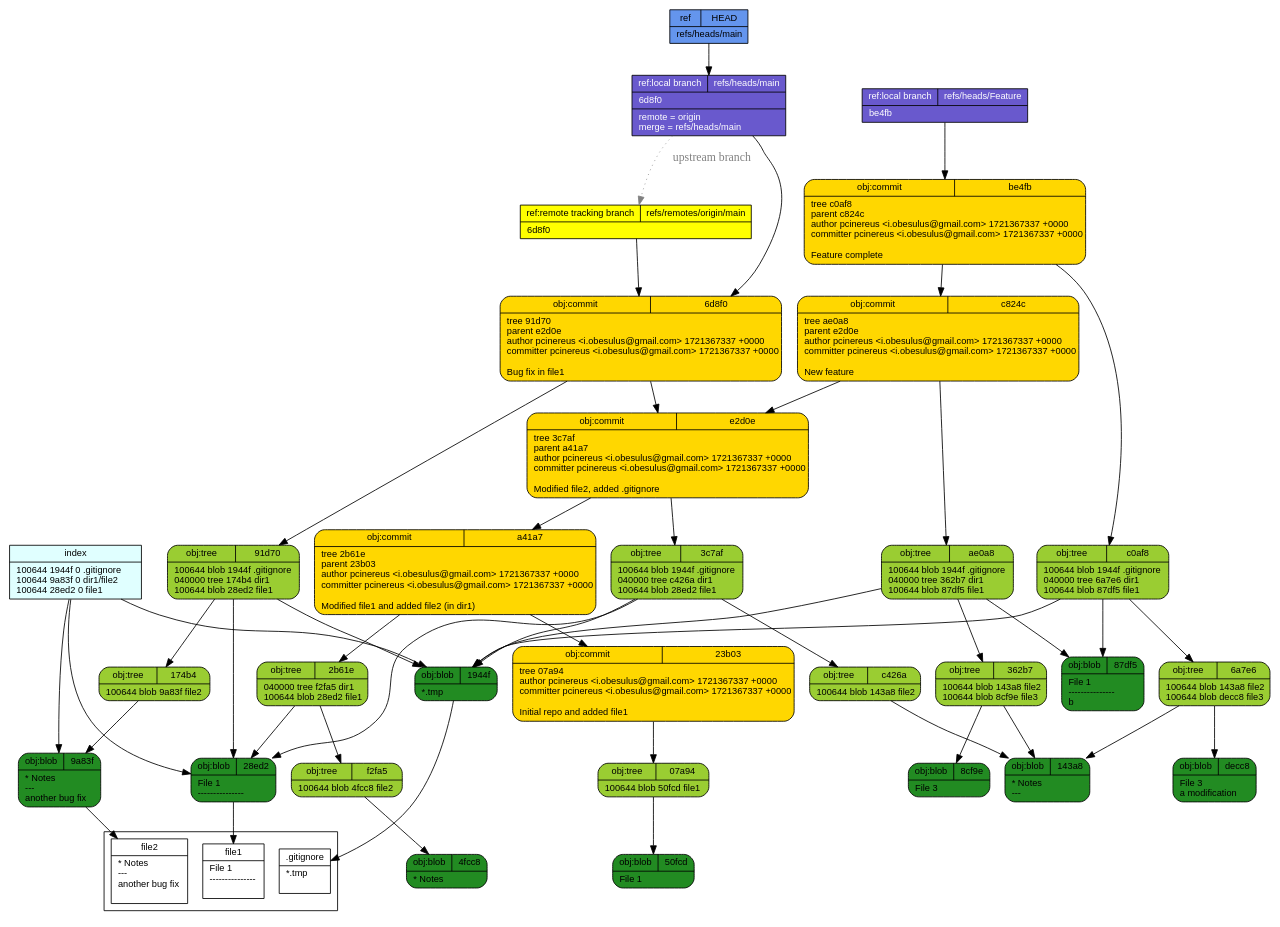
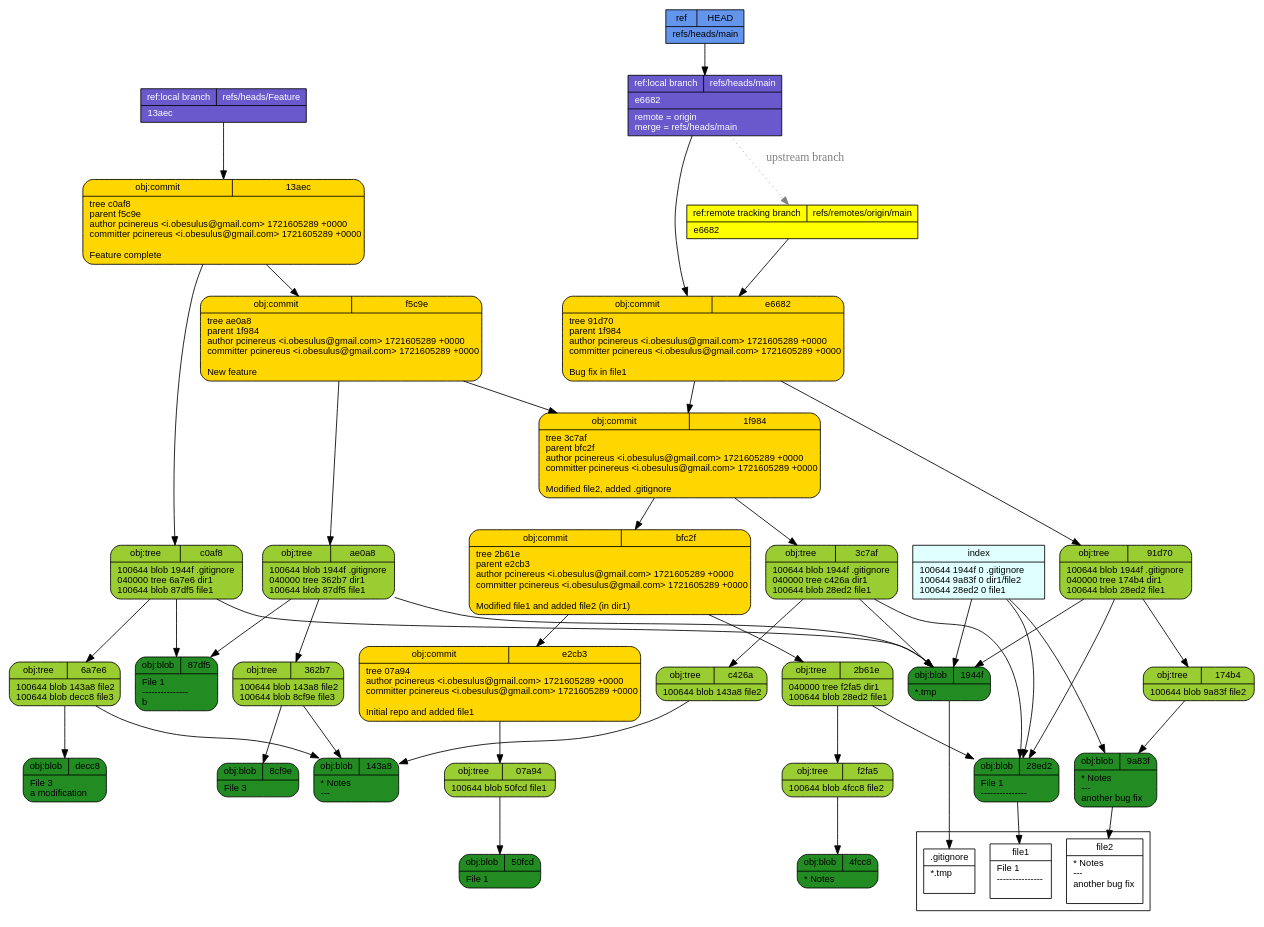
The diagram in tut/git-draw.dot (pcinereus/SUYRs_documents), drawn with Graphviz before and after one commit. The commit also changed 658 other files, not shown here.

```diff
--- a/tut/git-draw.dot
+++ b/tut/git-draw.dot
@@ -1,57 +1,57 @@
 digraph structs {
   node [shape=record,fontsize=11,fontname="arial"];
   rankdir="TB";
-  _e2d0e [fillcolor="gold", style="filled,rounded", label="{{obj:commit|e2d0e}|tree\ 3c7af\lparent\ a41a7\lauthor\ pcinereus\ \<i\.obesulus\@gmail\.com\>\ 1721367337\ \+0000\lcommitter\ pcinereus\ \<i\.obesulus\@gmail\.com\>\ 1721367337\ \+0000\l\lModified\ file2\,\ added\ \.gitignore\l}"]  _e2d0e -> _3c7af
-  _e2d0e -> _a41a7
+  _e2cb3 [fillcolor="gold", style="filled,rounded", label="{{obj:commit|e2cb3}|tree\ 07a94\lauthor\ pcinereus\ \<i\.obesulus\@gmail\.com\>\ 1721605289\ \+0000\lcommitter\ pcinereus\ \<i\.obesulus\@gmail\.com\>\ 1721605289\ \+0000\l\lInitial\ repo\ and\ added\ file1\l}"]  _e2cb3 -> _07a94
   _f2fa5 [fillcolor="yellowgreen", style="filled,rounded", label="{{obj:tree|f2fa5}|100644\ blob\ 4fcc8\	file2\l}"]  _f2fa5 -> _4fcc8
   _07a94 [fillcolor="yellowgreen", style="filled,rounded", label="{{obj:tree|07a94}|100644\ blob\ 50fcd\	file1\l}"]  _07a94 -> _50fcd
   _143a8 [fillcolor="forestgreen", style="filled,rounded", label="{{obj:blob|143a8}|\*\ Notes\l\-\-\-\l}"]  _c0af8 [fillcolor="yellowgreen", style="filled,rounded", label="{{obj:tree|c0af8}|100644\ blob\ 1944f\	\.gitignore\l040000\ tree\ 6a7e6\	dir1\l100644\ blob\ 87df5\	file1\l}"]  _c0af8 -> _1944f
   _c0af8 -> _6a7e6
   _c0af8 -> _87df5
-  _4fcc8 [fillcolor="forestgreen", style="filled,rounded", label="{{obj:blob|4fcc8}|\*\ Notes\l}"]  _c426a [fillcolor="yellowgreen", style="filled,rounded", label="{{obj:tree|c426a}|100644\ blob\ 143a8\	file2\l}"]  _c426a -> _143a8
-  _1944f [fillcolor="forestgreen", style="filled,rounded", label="{{obj:blob|1944f}|\*\.tmp\l}"]  _50fcd [fillcolor="forestgreen", style="filled,rounded", label="{{obj:blob|50fcd}|File\ 1\l}"]  _8cf9e [fillcolor="forestgreen", style="filled,rounded", label="{{obj:blob|8cf9e}|File\ 3\l}"]  _a41a7 [fillcolor="gold", style="filled,rounded", label="{{obj:commit|a41a7}|tree\ 2b61e\lparent\ 23b03\lauthor\ pcinereus\ \<i\.obesulus\@gmail\.com\>\ 1721367337\ \+0000\lcommitter\ pcinereus\ \<i\.obesulus\@gmail\.com\>\ 1721367337\ \+0000\l\lModified\ file1\ and\ added\ file2\ \(in\ dir1\)\l}"]  _a41a7 -> _2b61e
-  _a41a7 -> _23b03
-  _91d70 [fillcolor="yellowgreen", style="filled,rounded", label="{{obj:tree|91d70}|100644\ blob\ 1944f\	\.gitignore\l040000\ tree\ 174b4\	dir1\l100644\ blob\ 28ed2\	file1\l}"]  _91d70 -> _1944f
+  _f5c9e [fillcolor="gold", style="filled,rounded", label="{{obj:commit|f5c9e}|tree\ ae0a8\lparent\ 1f984\lauthor\ pcinereus\ \<i\.obesulus\@gmail\.com\>\ 1721605289\ \+0000\lcommitter\ pcinereus\ \<i\.obesulus\@gmail\.com\>\ 1721605289\ \+0000\l\lNew\ feature\l}"]  _f5c9e -> _ae0a8
+  _f5c9e -> _1f984
+  _4fcc8 [fillcolor="forestgreen", style="filled,rounded", label="{{obj:blob|4fcc8}|\*\ Notes\l}"]  _e6682 [fillcolor="gold", style="filled,rounded", label="{{obj:commit|e6682}|tree\ 91d70\lparent\ 1f984\lauthor\ pcinereus\ \<i\.obesulus\@gmail\.com\>\ 1721605289\ \+0000\lcommitter\ pcinereus\ \<i\.obesulus\@gmail\.com\>\ 1721605289\ \+0000\l\lBug\ fix\ in\ file1\l}"]  _e6682 -> _91d70
+  _e6682 -> _1f984
+  _13aec [fillcolor="gold", style="filled,rounded", label="{{obj:commit|13aec}|tree\ c0af8\lparent\ f5c9e\lauthor\ pcinereus\ \<i\.obesulus\@gmail\.com\>\ 1721605289\ \+0000\lcommitter\ pcinereus\ \<i\.obesulus\@gmail\.com\>\ 1721605289\ \+0000\l\lFeature\ complete\l}"]  _13aec -> _c0af8
+  _13aec -> _f5c9e
+  _c426a [fillcolor="yellowgreen", style="filled,rounded", label="{{obj:tree|c426a}|100644\ blob\ 143a8\	file2\l}"]  _c426a -> _143a8
+  _1944f [fillcolor="forestgreen", style="filled,rounded", label="{{obj:blob|1944f}|\*\.tmp\l}"]  _50fcd [fillcolor="forestgreen", style="filled,rounded", label="{{obj:blob|50fcd}|File\ 1\l}"]  _8cf9e [fillcolor="forestgreen", style="filled,rounded", label="{{obj:blob|8cf9e}|File\ 3\l}"]  _91d70 [fillcolor="yellowgreen", style="filled,rounded", label="{{obj:tree|91d70}|100644\ blob\ 1944f\	\.gitignore\l040000\ tree\ 174b4\	dir1\l100644\ blob\ 28ed2\	file1\l}"]  _91d70 -> _1944f
   _91d70 -> _174b4
   _91d70 -> _28ed2
-  _9a83f [fillcolor="forestgreen", style="filled,rounded", label="{{obj:blob|9a83f}|\*\ Notes\l\-\-\-\l\ another\ bug\ fix\l}"]  _c824c [fillcolor="gold", style="filled,rounded", label="{{obj:commit|c824c}|tree\ ae0a8\lparent\ e2d0e\lauthor\ pcinereus\ \<i\.obesulus\@gmail\.com\>\ 1721367337\ \+0000\lcommitter\ pcinereus\ \<i\.obesulus\@gmail\.com\>\ 1721367337\ \+0000\l\lNew\ feature\l}"]  _c824c -> _ae0a8
-  _c824c -> _e2d0e
-  _be4fb [fillcolor="gold", style="filled,rounded", label="{{obj:commit|be4fb}|tree\ c0af8\lparent\ c824c\lauthor\ pcinereus\ \<i\.obesulus\@gmail\.com\>\ 1721367337\ \+0000\lcommitter\ pcinereus\ \<i\.obesulus\@gmail\.com\>\ 1721367337\ \+0000\l\lFeature\ complete\l}"]  _be4fb -> _c0af8
-  _be4fb -> _c824c
+  _9a83f [fillcolor="forestgreen", style="filled,rounded", label="{{obj:blob|9a83f}|\*\ Notes\l\-\-\-\l\ another\ bug\ fix\l}"]  _bfc2f [fillcolor="gold", style="filled,rounded", label="{{obj:commit|bfc2f}|tree\ 2b61e\lparent\ e2cb3\lauthor\ pcinereus\ \<i\.obesulus\@gmail\.com\>\ 1721605289\ \+0000\lcommitter\ pcinereus\ \<i\.obesulus\@gmail\.com\>\ 1721605289\ \+0000\l\lModified\ file1\ and\ added\ file2\ \(in\ dir1\)\l}"]  _bfc2f -> _2b61e
+  _bfc2f -> _e2cb3
   _ae0a8 [fillcolor="yellowgreen", style="filled,rounded", label="{{obj:tree|ae0a8}|100644\ blob\ 1944f\	\.gitignore\l040000\ tree\ 362b7\	dir1\l100644\ blob\ 87df5\	file1\l}"]  _ae0a8 -> _1944f
   _ae0a8 -> _362b7
   _ae0a8 -> _87df5
+  _1f984 [fillcolor="gold", style="filled,rounded", label="{{obj:commit|1f984}|tree\ 3c7af\lparent\ bfc2f\lauthor\ pcinereus\ \<i\.obesulus\@gmail\.com\>\ 1721605289\ \+0000\lcommitter\ pcinereus\ \<i\.obesulus\@gmail\.com\>\ 1721605289\ \+0000\l\lModified\ file2\,\ added\ \.gitignore\l}"]  _1f984 -> _3c7af
+  _1f984 -> _bfc2f
   _2b61e [fillcolor="yellowgreen", style="filled,rounded", label="{{obj:tree|2b61e}|040000\ tree\ f2fa5\	dir1\l100644\ blob\ 28ed2\	file1\l}"]  _2b61e -> _f2fa5
   _2b61e -> _28ed2
   _87df5 [fillcolor="forestgreen", style="filled,rounded", label="{{obj:blob|87df5}|File\ 1\l\-\-\-\-\-\-\-\-\-\-\-\-\-\-\-\lb\l}"]  _362b7 [fillcolor="yellowgreen", style="filled,rounded", label="{{obj:tree|362b7}|100644\ blob\ 143a8\	file2\l100644\ blob\ 8cf9e\	file3\l}"]  _362b7 -> _143a8
   _362b7 -> _8cf9e
   _3c7af [fillcolor="yellowgreen", style="filled,rounded", label="{{obj:tree|3c7af}|100644\ blob\ 1944f\	\.gitignore\l040000\ tree\ c426a\	dir1\l100644\ blob\ 28ed2\	file1\l}"]  _3c7af -> _1944f
   _3c7af -> _c426a
   _3c7af -> _28ed2
   _28ed2 [fillcolor="forestgreen", style="filled,rounded", label="{{obj:blob|28ed2}|File\ 1\l\-\-\-\-\-\-\-\-\-\-\-\-\-\-\-\l}"]  _6a7e6 [fillcolor="yellowgreen", style="filled,rounded", label="{{obj:tree|6a7e6}|100644\ blob\ 143a8\	file2\l100644\ blob\ decc8\	file3\l}"]  _6a7e6 -> _143a8
   _6a7e6 -> _decc8
   _174b4 [fillcolor="yellowgreen", style="filled,rounded", label="{{obj:tree|174b4}|100644\ blob\ 9a83f\	file2\l}"]  _174b4 -> _9a83f
-  _decc8 [fillcolor="forestgreen", style="filled,rounded", label="{{obj:blob|decc8}|File\ 3\l\ a\ modification\l}"]  _23b03 [fillcolor="gold", style="filled,rounded", label="{{obj:commit|23b03}|tree\ 07a94\lauthor\ pcinereus\ \<i\.obesulus\@gmail\.com\>\ 1721367337\ \+0000\lcommitter\ pcinereus\ \<i\.obesulus\@gmail\.com\>\ 1721367337\ \+0000\l\lInitial\ repo\ and\ added\ file1\l}"]  _23b03 -> _07a94
-  _6d8f0 [fillcolor="gold", style="filled,rounded", label="{{obj:commit|6d8f0}|tree\ 91d70\lparent\ e2d0e\lauthor\ pcinereus\ \<i\.obesulus\@gmail\.com\>\ 1721367337\ \+0000\lcommitter\ pcinereus\ \<i\.obesulus\@gmail\.com\>\ 1721367337\ \+0000\l\lBug\ fix\ in\ file1\l}"]  _6d8f0 -> _91d70
-  _6d8f0 -> _e2d0e
-  _refs___heads___Feature [style=filled, fillcolor=slateblue3, fontcolor = white,  label="{{ref:local branch|refs\/heads\/Feature}|be4fb\l}"]
-  _refs___heads___Feature -> _be4fb
+  _decc8 [fillcolor="forestgreen", style="filled,rounded", label="{{obj:blob|decc8}|File\ 3\l\ a\ modification\l}"]  _refs___heads___Feature [style=filled, fillcolor=slateblue3, fontcolor = white,  label="{{ref:local branch|refs\/heads\/Feature}|13aec\l}"]
+  _refs___heads___Feature -> _13aec
   _refs___heads___main -> _refs___remotes___origin___main [style=dotted, color=gray, fontcolor=gray, label="upstream branch"]
-  _refs___heads___main [style=filled, fillcolor=slateblue3, fontcolor = white,  label="{{ref:local branch|refs\/heads\/main}|6d8f0\l|remote\ \=\ origin\lmerge\ \=\ refs\/heads\/main\l}"]
-  _refs___heads___main -> _6d8f0
-  _refs___remotes___origin___main [style=filled, fillcolor=yellow, fontcolor = black,  label="{{ref:remote tracking branch|refs\/remotes\/origin\/main}|6d8f0\l}"]
-  _refs___remotes___origin___main -> _6d8f0
+  _refs___heads___main [style=filled, fillcolor=slateblue3, fontcolor = white,  label="{{ref:local branch|refs\/heads\/main}|e6682\l|remote\ \=\ origin\lmerge\ \=\ refs\/heads\/main\l}"]
+  _refs___heads___main -> _e6682
+  _refs___remotes___origin___main [style=filled, fillcolor=yellow, fontcolor = black,  label="{{ref:remote tracking branch|refs\/remotes\/origin\/main}|e6682\l}"]
+  _refs___remotes___origin___main -> _e6682
   _HEAD [style=filled, fillcolor=cornflowerblue, fontcolor=black,  label="{{ref|HEAD}|refs\/heads\/main\l}"]
   _HEAD -> _refs___heads___main
   index -> _1944f
   index -> _9a83f
   index -> _28ed2
   index [style=filled, fillcolor=lightcyan, label="{{index}|100644\ 1944f\ 0\	\.gitignore\l100644\ 9a83f\ 0\	dir1\/file2\l100644\ 28ed2\ 0\	file1\l}"]
 subgraph cluster_1 {rank=sink  _gitignore [fillcolor="white", label="{{.gitignore}|*.tmp\l\l}"] 
   _file2 [fillcolor="white", label="{{file2}|* Notes\l---\l another bug fix\l\l}"] 
   _file1 [fillcolor="white", label="{{file1}|File 1\l---------------\l\l}"] 
 }
  _1944f -> _gitignore
  _9a83f -> _file2
  _28ed2 -> _file1
 }
```
